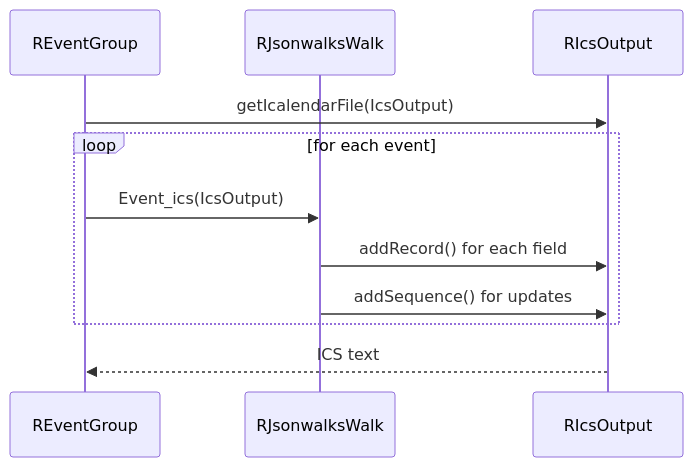
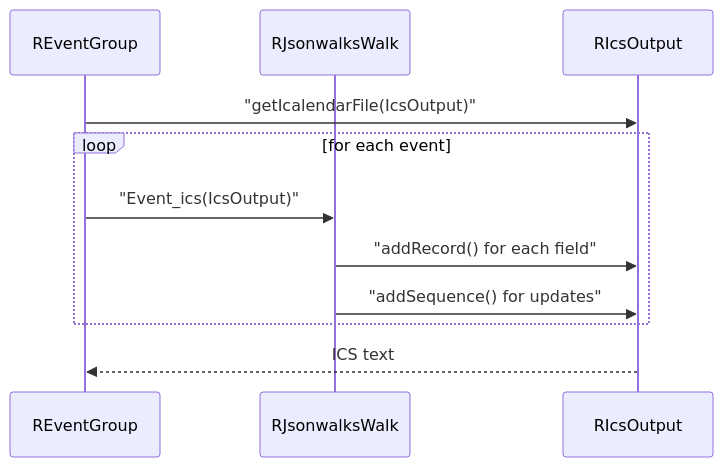
Before and after one commit to pauljrhodes/ramblers-library: the third of 3 diagrams in event/HLD.md, drawn with Mermaid. The commit also changed other lines of this file and 33 other files, not shown here.

Commit message:
Normalize Mermaid diagrams for GitHub rendering

````diff
--- a/event/HLD.md
+++ b/event/HLD.md
@@ -202,14 +202,14 @@
 ```mermaid
 sequenceDiagram
     participant EventGroup as REventGroup
     participant Walk as RJsonwalksWalk
     participant IcsOutput as RIcsOutput
 
-    EventGroup->>IcsOutput: getIcalendarFile(IcsOutput)
+    EventGroup->>IcsOutput: "getIcalendarFile(IcsOutput)"
     loop for each event
-        EventGroup->>Walk: Event_ics(IcsOutput)
-        Walk->>IcsOutput: addRecord() for each field
-        Walk->>IcsOutput: addSequence() for updates
+        EventGroup->>Walk: "Event_ics(IcsOutput)"
+        Walk->>IcsOutput: "addRecord() for each field"
+        Walk->>IcsOutput: "addSequence() for updates"
     end
     IcsOutput-->>EventGroup: ICS text
 ```
````
